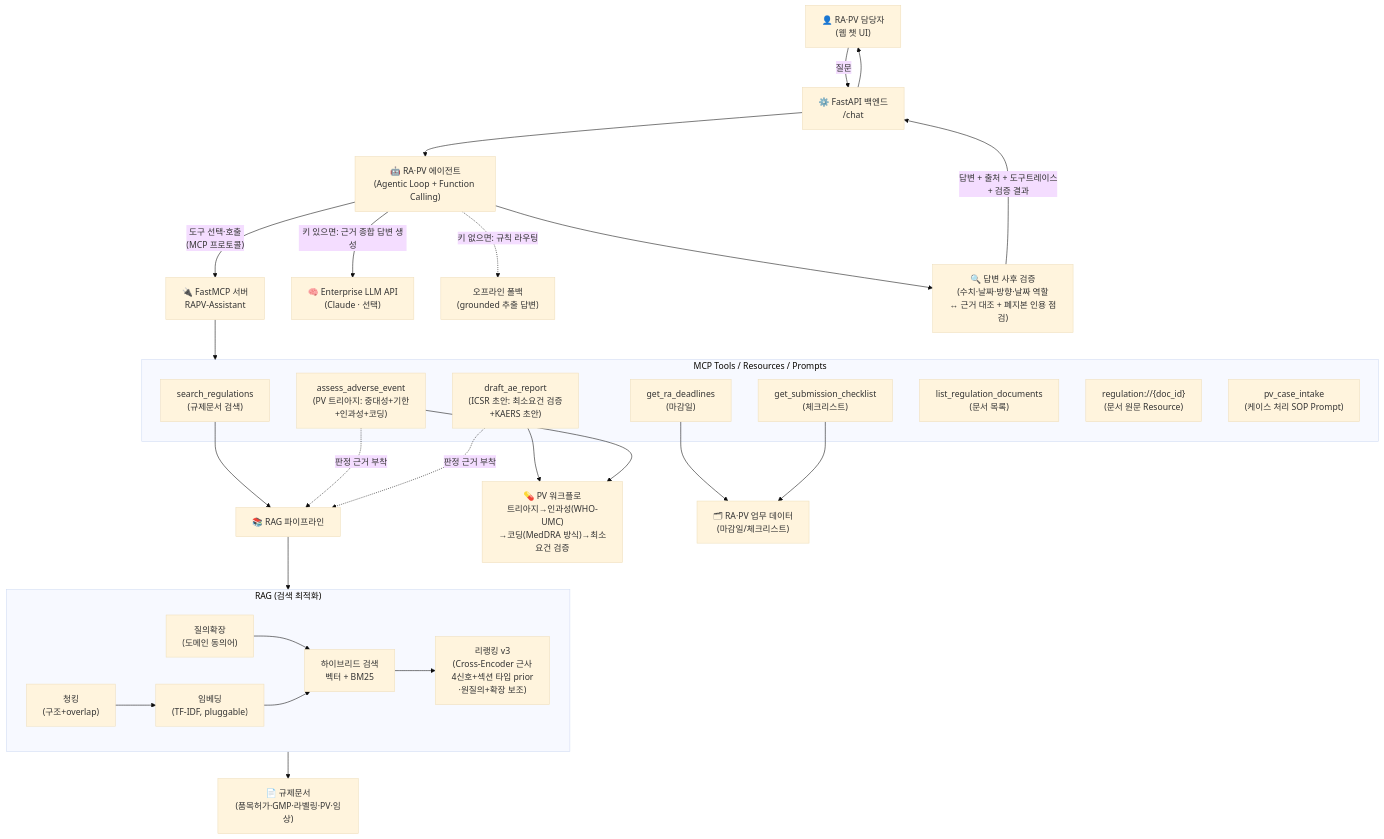
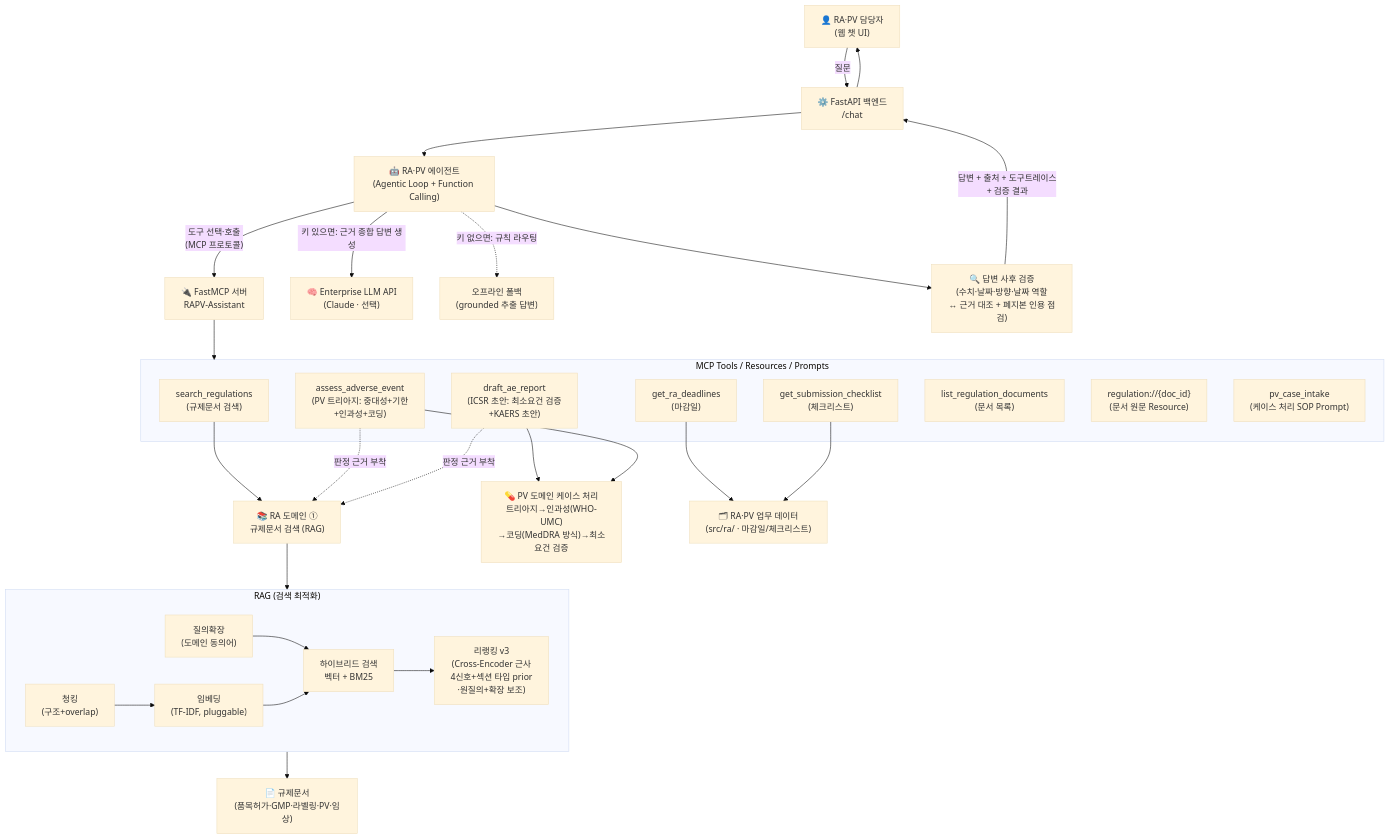
The diagram in project/README.md (chaeyoo/letsgogc), drawn with Mermaid (base theme) before and after one commit. The commit also changed other lines of this file and 13 other files, not shown here.

````diff
--- a/project/README.md
+++ b/project/README.md
@@ -33,42 +33,42 @@
 ```mermaid
 flowchart TB
     U["👤 RA·PV 담당자<br/>(웹 챗 UI)"] -->|질문| API["⚙️ FastAPI 백엔드<br/>/chat"]
     API --> AG["🤖 RA·PV 에이전트<br/>(Agentic Loop + Function Calling)"]
 
     AG -->|"도구 선택·호출<br/>(MCP 프로토콜)"| MCP["🔌 FastMCP 서버<br/>RAPV-Assistant"]
 
     subgraph MCP_TOOLS["MCP Tools / Resources / Prompts"]
         T1["search_regulations<br/>(규제문서 검색)"]
         T2["get_ra_deadlines<br/>(마감일)"]
         T3["get_submission_checklist<br/>(체크리스트)"]
         T4["assess_adverse_event<br/>(PV 트리아지: 중대성+기한<br/>+인과성+코딩)"]
         T5["draft_ae_report<br/>(ICSR 초안: 최소요건 검증<br/>+KAERS 초안)"]
         T6["list_regulation_documents<br/>(문서 목록)"]
         R1["regulation://{doc_id}<br/>(문서 원문 Resource)"]
         P1["pv_case_intake<br/>(케이스 처리 SOP Prompt)"]
     end
     MCP --> MCP_TOOLS
 
-    T1 --> RAG["📚 RAG 파이프라인"]
+    T1 --> RAG["📚 RA 도메인 ①<br/>규제문서 검색 (RAG)"]
     T4 -.->|"판정 근거 부착"| RAG
     T5 -.->|"판정 근거 부착"| RAG
-    T5 --> PV["💊 PV 워크플로<br/>트리아지→인과성(WHO-UMC)<br/>→코딩(MedDRA 방식)→최소요건 검증"]
+    T5 --> PV["💊 PV 도메인 케이스 처리<br/>트리아지→인과성(WHO-UMC)<br/>→코딩(MedDRA 방식)→최소요건 검증"]
     T4 --> PV
     subgraph RAG_PIPE["RAG (검색 최적화)"]
         C1["청킹<br/>(구조+overlap)"] --> C2["임베딩<br/>(TF-IDF, pluggable)"]
         C0["질의확장<br/>(도메인 동의어)"] --> C3["하이브리드 검색<br/>벡터 + BM25"]
         C2 --> C3
         C3 --> C4["리랭킹 v3<br/>(Cross-Encoder 근사<br/>4신호+섹션 타입 prior<br/>·원질의+확장 보조)"]
     end
     RAG --> RAG_PIPE
     RAG_PIPE --> DOCS["📄 규제문서<br/>(품목허가·GMP·라벨링·PV·임상)"]
 
-    T2 --> DB["🗂 RA·PV 업무 데이터<br/>(마감일/체크리스트)"]
+    T2 --> DB["🗂 RA·PV 업무 데이터<br/>(src/ra/ · 마감일/체크리스트)"]
     T3 --> DB
 
     AG -->|"키 있으면: 근거 종합 답변 생성"| LLM["🧠 Enterprise LLM API<br/>(Claude · 선택)"]
     AG -.->|"키 없으면: 규칙 라우팅"| FB["오프라인 폴백<br/>(grounded 추출 답변)"]
 
     AG --> VER["🔍 답변 사후 검증<br/>(수치·날짜·방향·날짜 역할<br/>↔ 근거 대조 + 폐지본 인용 점검)"]
     VER -->|"답변 + 출처 + 도구트레이스<br/>+ 검증 결과"| API --> U
 ```
````
